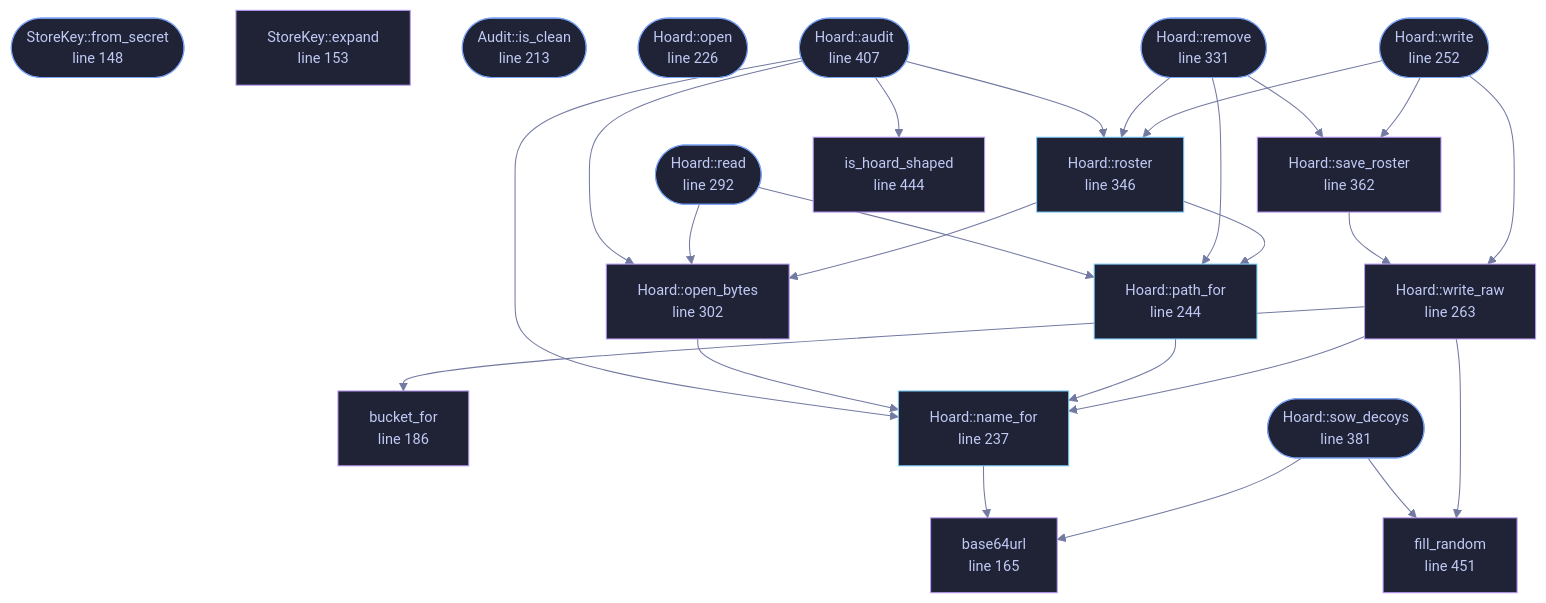
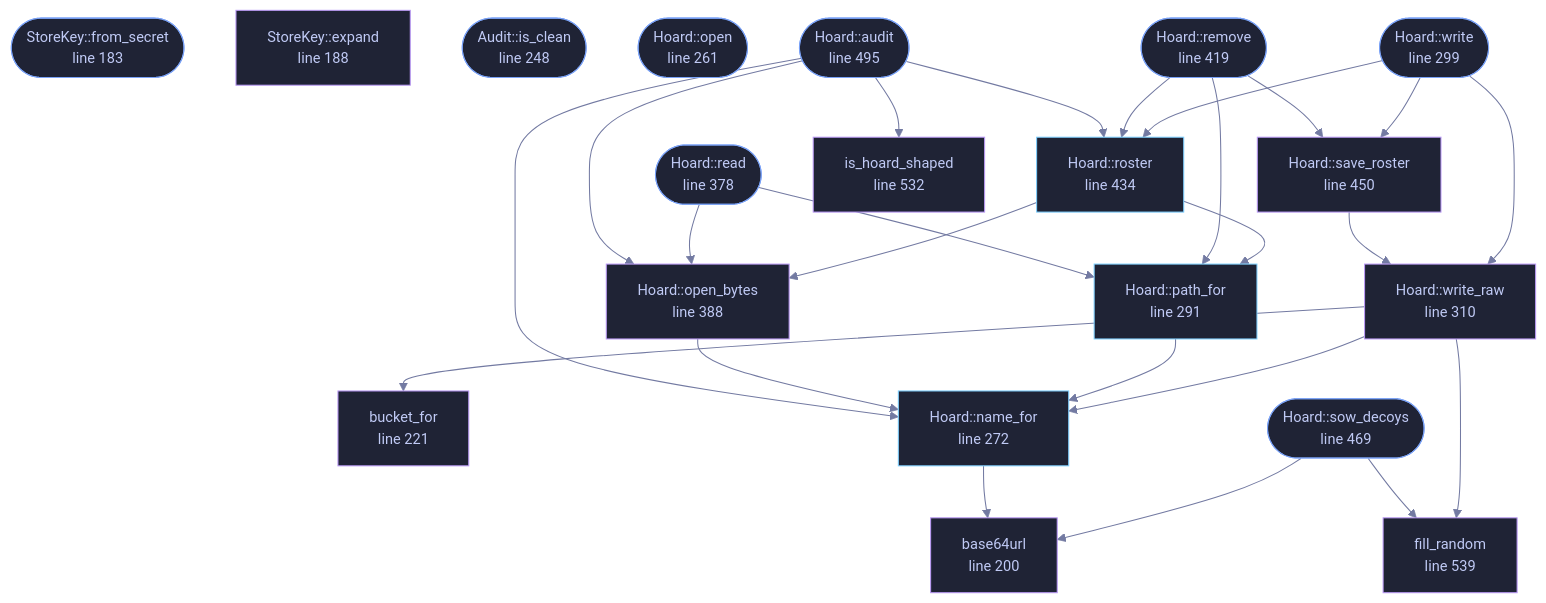
Before and after one commit to tilas01/veilvoice: the diagram in docs/files/veilvoice-crypto/hoard.md, drawn with Mermaid. The commit also changed other lines of this file and 30 other files, not shown here.

````diff
--- a/docs/files/veilvoice-crypto/hoard.md
+++ b/docs/files/veilvoice-crypto/hoard.md
@@ -176,71 +198,71 @@
 ```mermaid
 %%{init: {"theme":"base","themeVariables":{"background":"#1a1b26","primaryColor":"#1f2335","primaryTextColor":"#c0caf5","primaryBorderColor":"#7aa2f7","secondaryColor":"#16161e","tertiaryColor":"#16161e","lineColor":"#737aa2","textColor":"#c0caf5","mainBkg":"#1f2335","nodeBorder":"#7aa2f7","clusterBkg":"#16161e","clusterBorder":"#2f3549","fontFamily":"ui-monospace, SFMono-Regular, Consolas, monospace","fontSize":"14px"}}}%%
 flowchart TD
-    n_from_secret(["StoreKey::from_secret<br/>line 148"])
-    n_expand["StoreKey::expand<br/>line 153"]
-    n_base64url["base64url<br/>line 165"]
-    n_bucket_for["bucket_for<br/>line 186"]
-    n_is_clean(["Audit::is_clean<br/>line 213"])
-    n_open(["Hoard::open<br/>line 226"])
-    n_name_for["Hoard::name_for<br/>line 237"]
-    n_path_for["Hoard::path_for<br/>line 244"]
-    n_write(["Hoard::write<br/>line 252"])
-    n_write_raw["Hoard::write_raw<br/>line 263"]
-    n_read(["Hoard::read<br/>line 292"])
-    n_open_bytes["Hoard::open_bytes<br/>line 302"]
-    n_remove(["Hoard::remove<br/>line 331"])
-    n_roster["Hoard::roster<br/>line 346"]
-    n_save_roster["Hoard::save_roster<br/>line 362"]
-    n_sow_decoys(["Hoard::sow_decoys<br/>line 381"])
-    n_audit(["Hoard::audit<br/>line 407"])
-    n_is_hoard_shaped["is_hoard_shaped<br/>line 444"]
-    n_fill_random["fill_random<br/>line 451"]
+    n_from_secret(["StoreKey::from_secret<br/>line 183"])
+    n_expand["StoreKey::expand<br/>line 188"]
+    n_base64url["base64url<br/>line 200"]
+    n_bucket_for["bucket_for<br/>line 221"]
+    n_is_clean(["Audit::is_clean<br/>line 248"])
+    n_open(["Hoard::open<br/>line 261"])
+    n_name_for["Hoard::name_for<br/>line 272"]
+    n_path_for["Hoard::path_for<br/>line 291"]
+    n_write(["Hoard::write<br/>line 299"])
+    n_write_raw["Hoard::write_raw<br/>line 310"]
+    n_read(["Hoard::read<br/>line 378"])
+    n_open_bytes["Hoard::open_bytes<br/>line 388"]
+    n_remove(["Hoard::remove<br/>line 419"])
+    n_roster["Hoard::roster<br/>line 434"]
+    n_save_roster["Hoard::save_roster<br/>line 450"]
+    n_sow_decoys(["Hoard::sow_decoys<br/>line 469"])
+    n_audit(["Hoard::audit<br/>line 495"])
+    n_is_hoard_shaped["is_hoard_shaped<br/>line 532"]
+    n_fill_random["fill_random<br/>line 539"]
     n_audit --> n_is_hoard_shaped
     n_audit --> n_name_for
     n_audit --> n_open_bytes
     n_audit --> n_roster
     n_name_for --> n_base64url
     n_open_bytes --> n_name_for
     n_path_for --> n_name_for
     n_read --> n_open_bytes
     n_read --> n_path_for
     n_remove --> n_path_for
     n_remove --> n_roster
     n_remove --> n_save_roster
     n_roster --> n_open_bytes
     n_roster --> n_path_for
     n_save_roster --> n_write_raw
     n_sow_decoys --> n_base64url
     n_sow_decoys --> n_fill_random
     n_write --> n_roster
     n_write --> n_save_roster
     n_write --> n_write_raw
     n_write_raw --> n_bucket_for
     n_write_raw --> n_fill_random
     n_write_raw --> n_name_for
-    click n_from_secret href "https://github.com/tilas01/veilvoice/blob/main/crates/veilvoice-crypto/src/hoard.rs#L148" "open the source"
-    click n_expand href "https://github.com/tilas01/veilvoice/blob/main/crates/veilvoice-crypto/src/hoard.rs#L153" "open the source"
-    click n_base64url href "https://github.com/tilas01/veilvoice/blob/main/crates/veilvoice-crypto/src/hoard.rs#L165" "open the source"
-    click n_bucket_for href "https://github.com/tilas01/veilvoice/blob/main/crates/veilvoice-crypto/src/hoard.rs#L186" "open the source"
-    click n_is_clean href "https://github.com/tilas01/veilvoice/blob/main/crates/veilvoice-crypto/src/hoard.rs#L213" "open the source"
-    click n_open href "https://github.com/tilas01/veilvoice/blob/main/crates/veilvoice-crypto/src/hoard.rs#L226" "open the source"
-    click n_name_for href "https://github.com/tilas01/veilvoice/blob/main/crates/veilvoice-crypto/src/hoard.rs#L237" "open the source"
-    click n_path_for href "https://github.com/tilas01/veilvoice/blob/main/crates/veilvoice-crypto/src/hoard.rs#L244" "open the source"
-    click n_write href "https://github.com/tilas01/veilvoice/blob/main/crates/veilvoice-crypto/src/hoard.rs#L252" "open the source"
-    click n_write_raw href "https://github.com/tilas01/veilvoice/blob/main/crates/veilvoice-crypto/src/hoard.rs#L263" "open the source"
-    click n_read href "https://github.com/tilas01/veilvoice/blob/main/crates/veilvoice-crypto/src/hoard.rs#L292" "open the source"
-    click n_open_bytes href "https://github.com/tilas01/veilvoice/blob/main/crates/veilvoice-crypto/src/hoard.rs#L302" "open the source"
-    click n_remove href "https://github.com/tilas01/veilvoice/blob/main/crates/veilvoice-crypto/src/hoard.rs#L331" "open the source"
-    click n_roster href "https://github.com/tilas01/veilvoice/blob/main/crates/veilvoice-crypto/src/hoard.rs#L346" "open the source"
-    click n_save_roster href "https://github.com/tilas01/veilvoice/blob/main/crates/veilvoice-crypto/src/hoard.rs#L362" "open the source"
-    click n_sow_decoys href "https://github.com/tilas01/veilvoice/blob/main/crates/veilvoice-crypto/src/hoard.rs#L381" "open the source"
-    click n_audit href "https://github.com/tilas01/veilvoice/blob/main/crates/veilvoice-crypto/src/hoard.rs#L407" "open the source"
-    click n_is_hoard_shaped href "https://github.com/tilas01/veilvoice/blob/main/crates/veilvoice-crypto/src/hoard.rs#L444" "open the source"
-    click n_fill_random href "https://github.com/tilas01/veilvoice/blob/main/crates/veilvoice-crypto/src/hoard.rs#L451" "open the source"
+    click n_from_secret href "https://github.com/tilas01/veilvoice/blob/main/crates/veilvoice-crypto/src/hoard.rs#L183" "open the source"
+    click n_expand href "https://github.com/tilas01/veilvoice/blob/main/crates/veilvoice-crypto/src/hoard.rs#L188" "open the source"
+    click n_base64url href "https://github.com/tilas01/veilvoice/blob/main/crates/veilvoice-crypto/src/hoard.rs#L200" "open the source"
+    click n_bucket_for href "https://github.com/tilas01/veilvoice/blob/main/crates/veilvoice-crypto/src/hoard.rs#L221" "open the source"
+    click n_is_clean href "https://github.com/tilas01/veilvoice/blob/main/crates/veilvoice-crypto/src/hoard.rs#L248" "open the source"
+    click n_open href "https://github.com/tilas01/veilvoice/blob/main/crates/veilvoice-crypto/src/hoard.rs#L261" "open the source"
+    click n_name_for href "https://github.com/tilas01/veilvoice/blob/main/crates/veilvoice-crypto/src/hoard.rs#L272" "open the source"
+    click n_path_for href "https://github.com/tilas01/veilvoice/blob/main/crates/veilvoice-crypto/src/hoard.rs#L291" "open the source"
+    click n_write href "https://github.com/tilas01/veilvoice/blob/main/crates/veilvoice-crypto/src/hoard.rs#L299" "open the source"
+    click n_write_raw href "https://github.com/tilas01/veilvoice/blob/main/crates/veilvoice-crypto/src/hoard.rs#L310" "open the source"
+    click n_read href "https://github.com/tilas01/veilvoice/blob/main/crates/veilvoice-crypto/src/hoard.rs#L378" "open the source"
+    click n_open_bytes href "https://github.com/tilas01/veilvoice/blob/main/crates/veilvoice-crypto/src/hoard.rs#L388" "open the source"
+    click n_remove href "https://github.com/tilas01/veilvoice/blob/main/crates/veilvoice-crypto/src/hoard.rs#L419" "open the source"
+    click n_roster href "https://github.com/tilas01/veilvoice/blob/main/crates/veilvoice-crypto/src/hoard.rs#L434" "open the source"
+    click n_save_roster href "https://github.com/tilas01/veilvoice/blob/main/crates/veilvoice-crypto/src/hoard.rs#L450" "open the source"
+    click n_sow_decoys href "https://github.com/tilas01/veilvoice/blob/main/crates/veilvoice-crypto/src/hoard.rs#L469" "open the source"
+    click n_audit href "https://github.com/tilas01/veilvoice/blob/main/crates/veilvoice-crypto/src/hoard.rs#L495" "open the source"
+    click n_is_hoard_shaped href "https://github.com/tilas01/veilvoice/blob/main/crates/veilvoice-crypto/src/hoard.rs#L532" "open the source"
+    click n_fill_random href "https://github.com/tilas01/veilvoice/blob/main/crates/veilvoice-crypto/src/hoard.rs#L539" "open the source"
     classDef entry fill:#1f2335,stroke:#7aa2f7,color:#c0caf5
     class n_from_secret,n_is_clean,n_open,n_write,n_read,n_remove,n_sow_decoys,n_audit entry
     classDef api fill:#1f2335,stroke:#7dcfff,color:#c0caf5
     class n_name_for,n_path_for,n_roster api
     classDef helper fill:#1f2335,stroke:#bb9af7,color:#c0caf5
     class n_expand,n_base64url,n_bucket_for,n_write_raw,n_open_bytes,n_save_roster,n_is_hoard_shaped,n_fill_random helper
 ```
````
